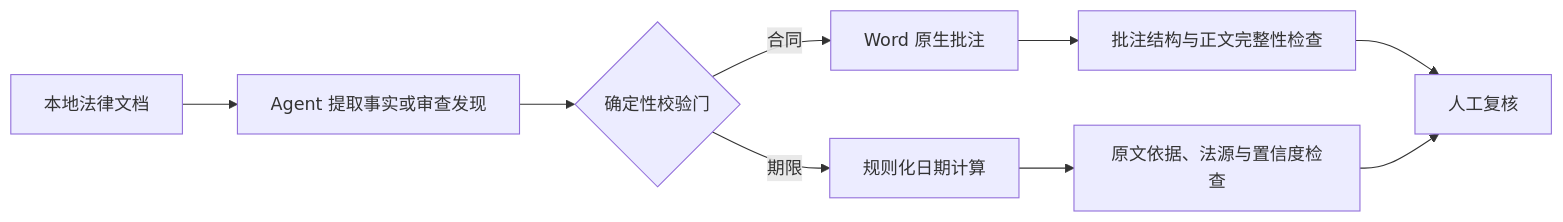
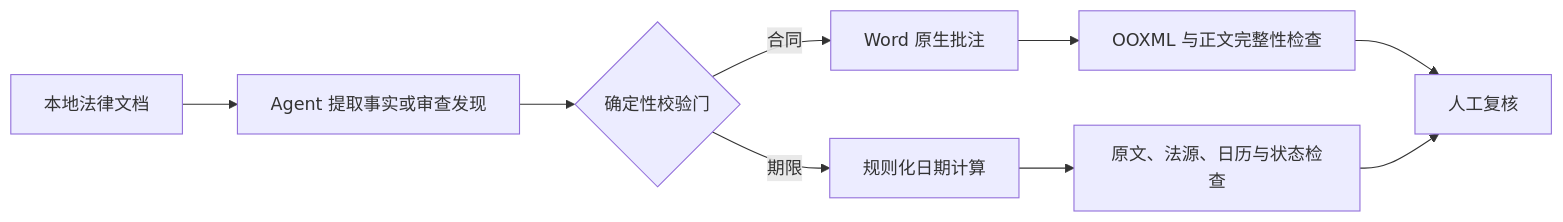
One commit to qwertyzhu/openlawkit changed the diagram in README.zh-CN.md. Above: the diagram before and after it, drawn with Mermaid. The commit also changed other lines of this file and 25 other files, not shown here.

````diff
--- a/README.zh-CN.md
+++ b/README.zh-CN.md
@@ -21,11 +92,11 @@
 ```mermaid
 flowchart LR
     A["本地法律文档"] --> B["Agent 提取事实或审查发现"]
     B --> C{"确定性校验门"}
     C -->|"合同"| D["Word 原生批注"]
     C -->|"期限"| E["规则化日期计算"]
-    D --> F["批注结构与正文完整性检查"]
-    E --> G["原文依据、法源与置信度检查"]
+    D --> F["OOXML 与正文完整性检查"]
+    E --> G["原文、法源、日历与状态检查"]
     F --> H["人工复核"]
     G --> H
 ```
````
